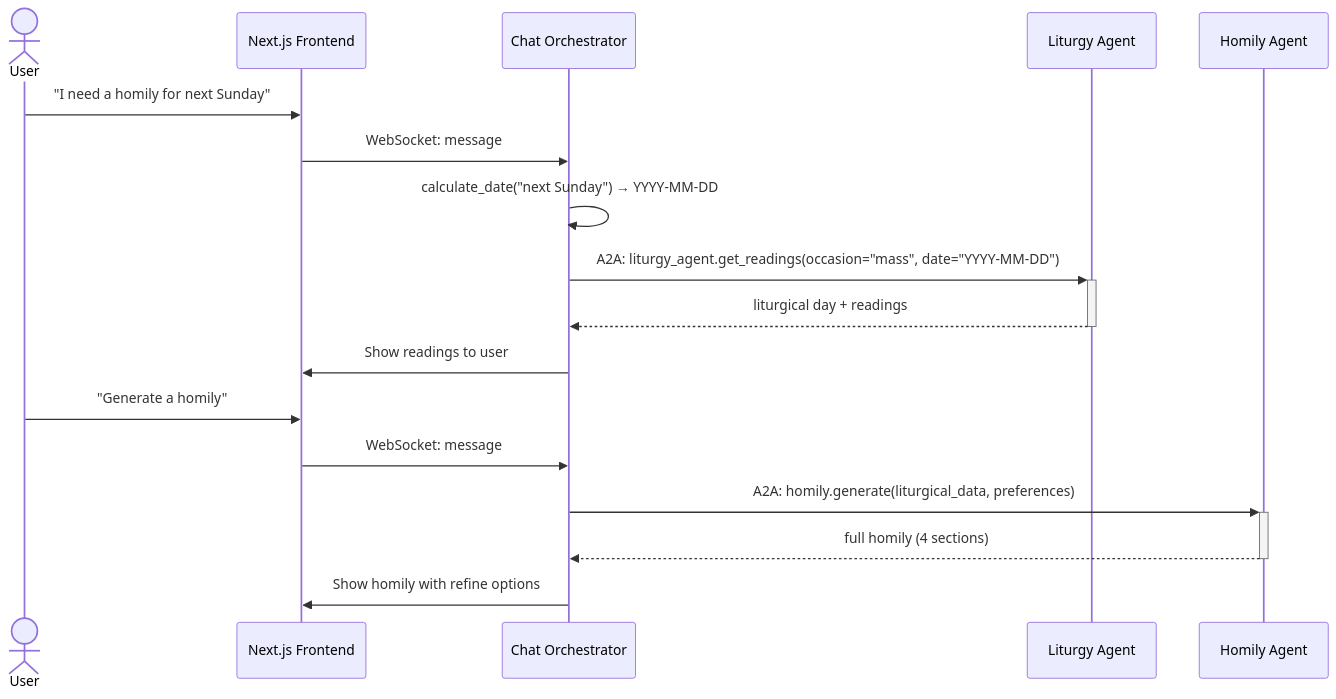
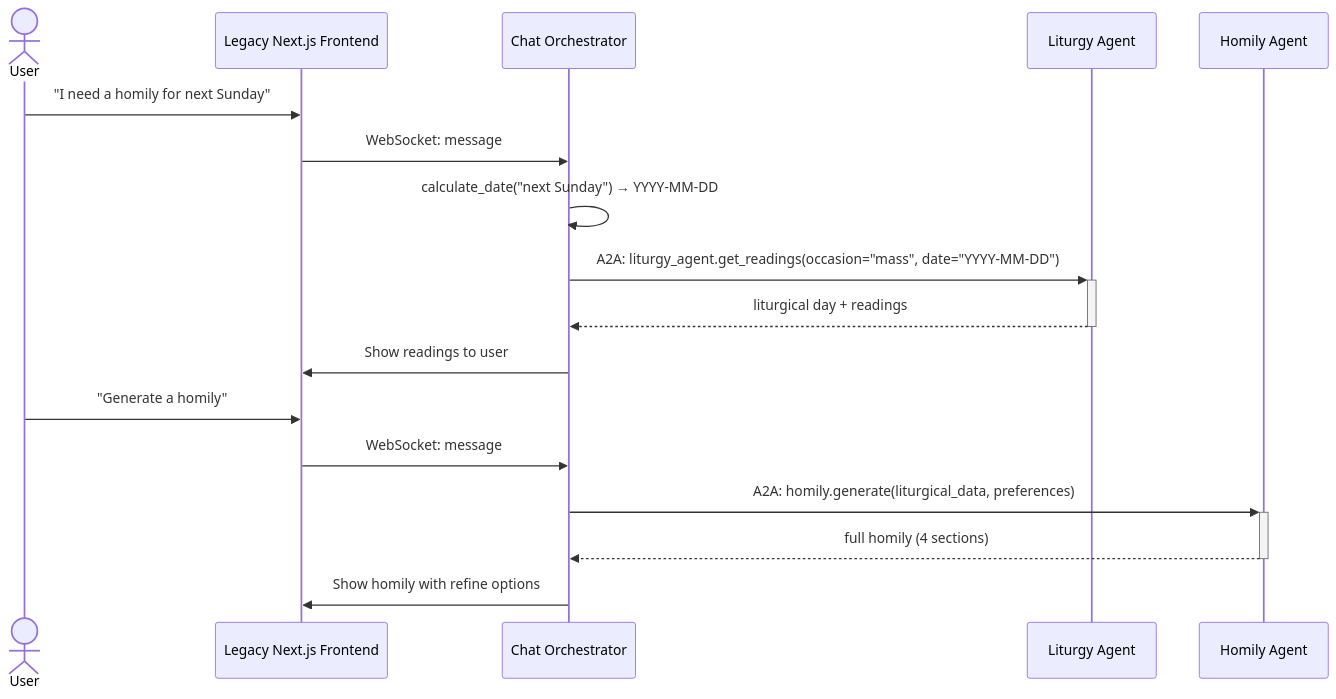
Before and after one commit to giacomobartoloni/prete-a-porter: the first of 2 diagrams in AGENTS.md, drawn with Mermaid. The commit also changed other lines of this file and 5 other files, not shown here.

Commit message:
docs: align README with multi-shell architecture

````diff
--- a/AGENTS.md
+++ b/AGENTS.md
@@ -476,20 +480,20 @@
 ```mermaid
 sequenceDiagram
     actor User
-    participant UI as Next.js Frontend
+    participant UI as Legacy Next.js Frontend
     participant WS as Chat Orchestrator
     participant LA as Liturgy Agent
     participant HA as Homily Agent
 
     User->>UI: "I need a homily for next Sunday"
     UI->>WS: WebSocket: message
     WS->>WS: calculate_date("next Sunday") → YYYY-MM-DD
     WS->>+LA: A2A: liturgy_agent.get_readings(occasion="mass", date="YYYY-MM-DD")
     LA-->>-WS: liturgical day + readings
     WS->>UI: Show readings to user
     User->>UI: "Generate a homily"
     UI->>WS: WebSocket: message
     WS->>+HA: A2A: homily.generate(liturgical_data, preferences)
     HA-->>-WS: full homily (4 sections)
     WS->>UI: Show homily with refine options
 ```
````
